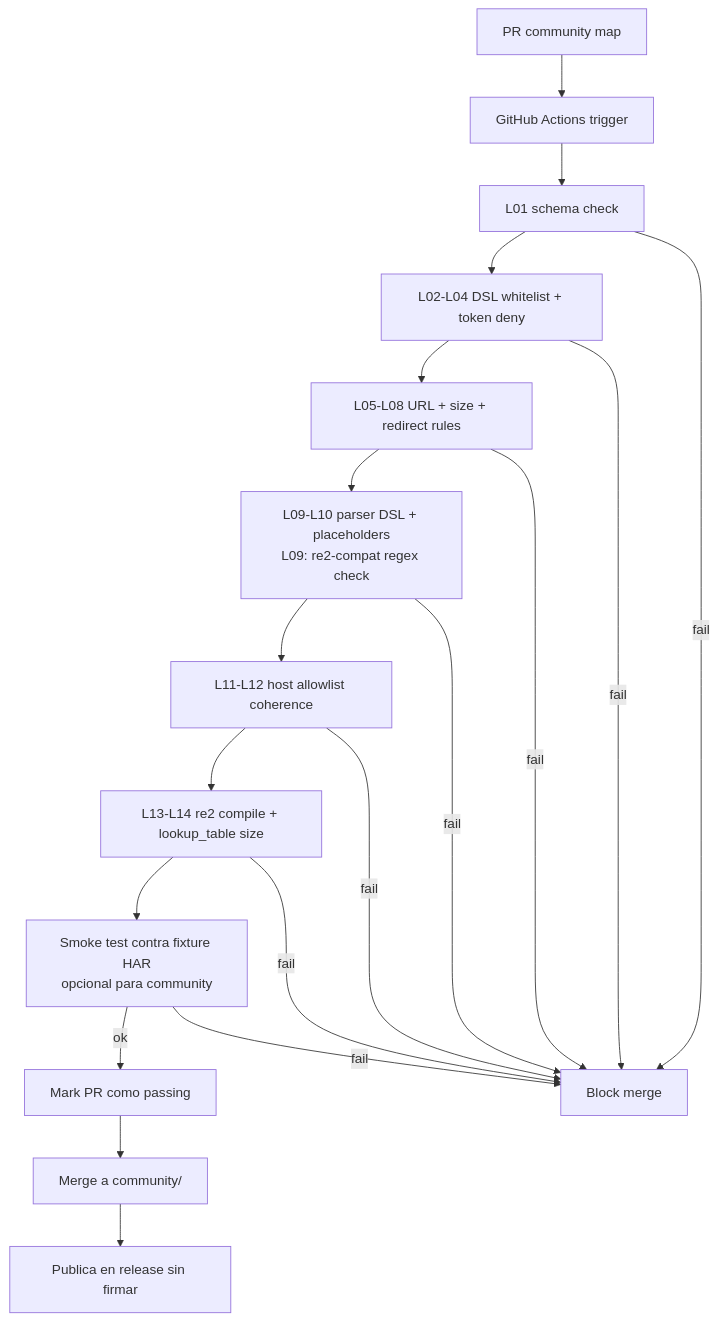
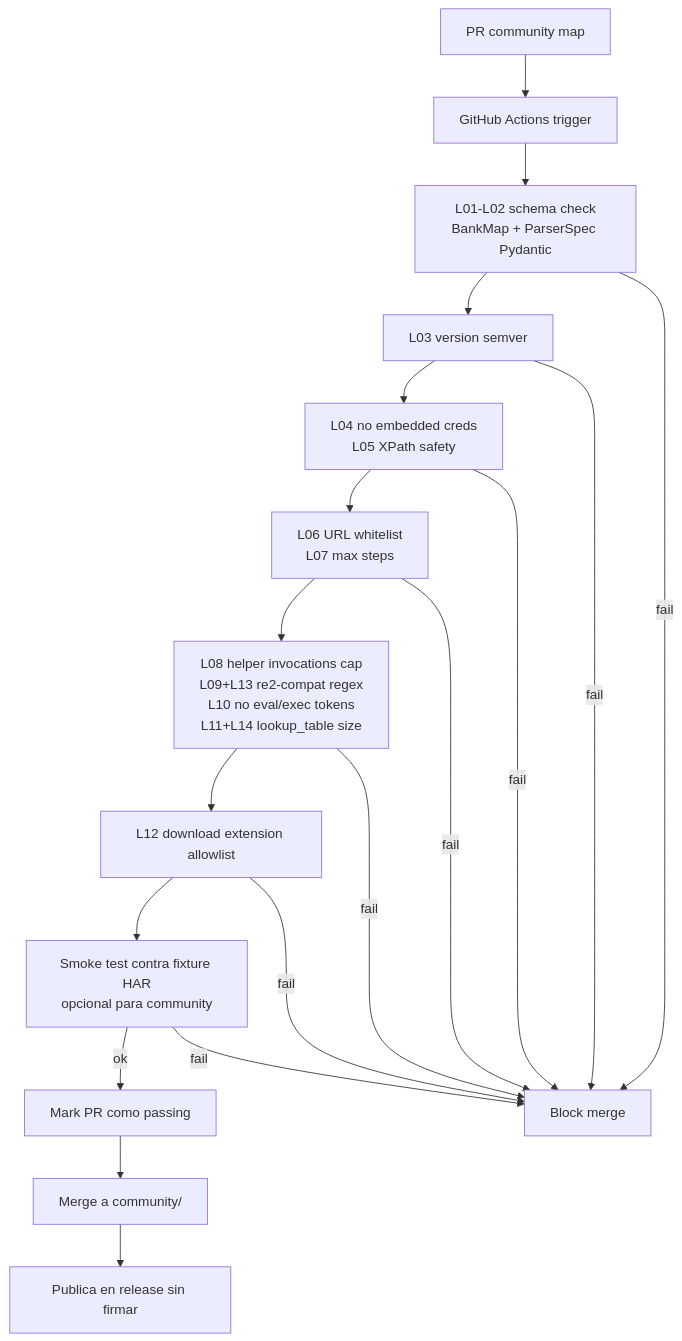
The first of 2 diagrams in docs/04-security/community-maps.md (miketela/open-banca), drawn with Mermaid before and after one commit. The commit also changed other lines of this file and 7 other files, not shown here.

First line of the commit message:
feat(task-28): community maps linter 14 rules + cosign keyless signing + runtime verifier

````diff
--- a/docs/04-security/community-maps.md
+++ b/docs/04-security/community-maps.md
@@ -45,21 +50,21 @@
 ```mermaid
 flowchart TD
     pr[PR community map] --> ci[GitHub Actions trigger]
-    ci --> schema[L01 schema check]
-    schema --> dsl[L02-L04 DSL whitelist + token deny]
-    dsl --> urls[L05-L08 URL + size + redirect rules]
-    urls --> parser[L09-L10 parser DSL + placeholders\nL09: re2-compat regex check]
-    parser --> hosts[L11-L12 host allowlist coherence]
-    hosts --> dslharden[L13-L14 re2 compile + lookup_table size]
-    dslharden --> smoke[Smoke test contra fixture HAR<br/>opcional para community]
+    ci --> schema[L01-L02 schema check\nBankMap + ParserSpec Pydantic]
+    schema --> version[L03 version semver]
+    version --> creds[L04 no embedded creds\nL05 XPath safety]
+    creds --> urls[L06 URL whitelist\nL07 max steps]
+    urls --> parser[L08 helper invocations cap\nL09+L13 re2-compat regex\nL10 no eval/exec tokens\nL11+L14 lookup_table size]
+    parser --> l12[L12 download extension allowlist]
+    l12 --> smoke[Smoke test contra fixture HAR\nopcional para community]
     smoke -- ok --> approve[Mark PR como passing]
     smoke -- fail --> reject[Block merge]
     schema -- fail --> reject
-    dsl -- fail --> reject
+    version -- fail --> reject
+    creds -- fail --> reject
     urls -- fail --> reject
     parser -- fail --> reject
-    hosts -- fail --> reject
-    dslharden -- fail --> reject
+    l12 -- fail --> reject
     approve --> merge[Merge a community/]
     merge --> publish[Publica en release sin firmar]
 ```
````
